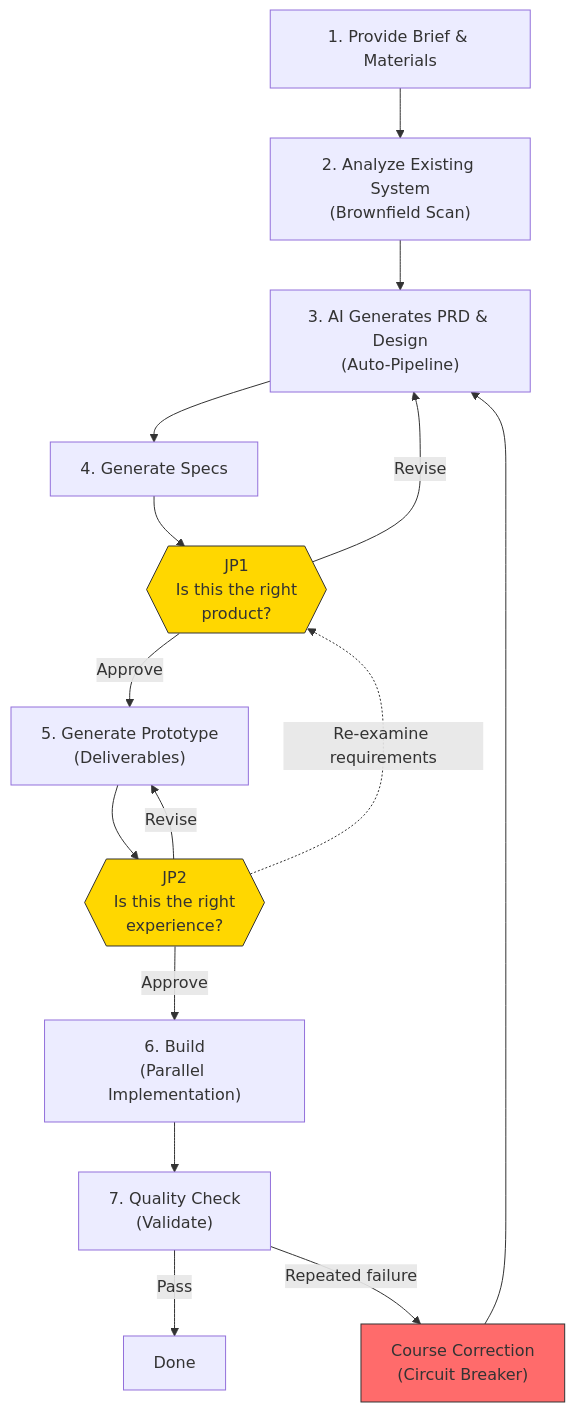
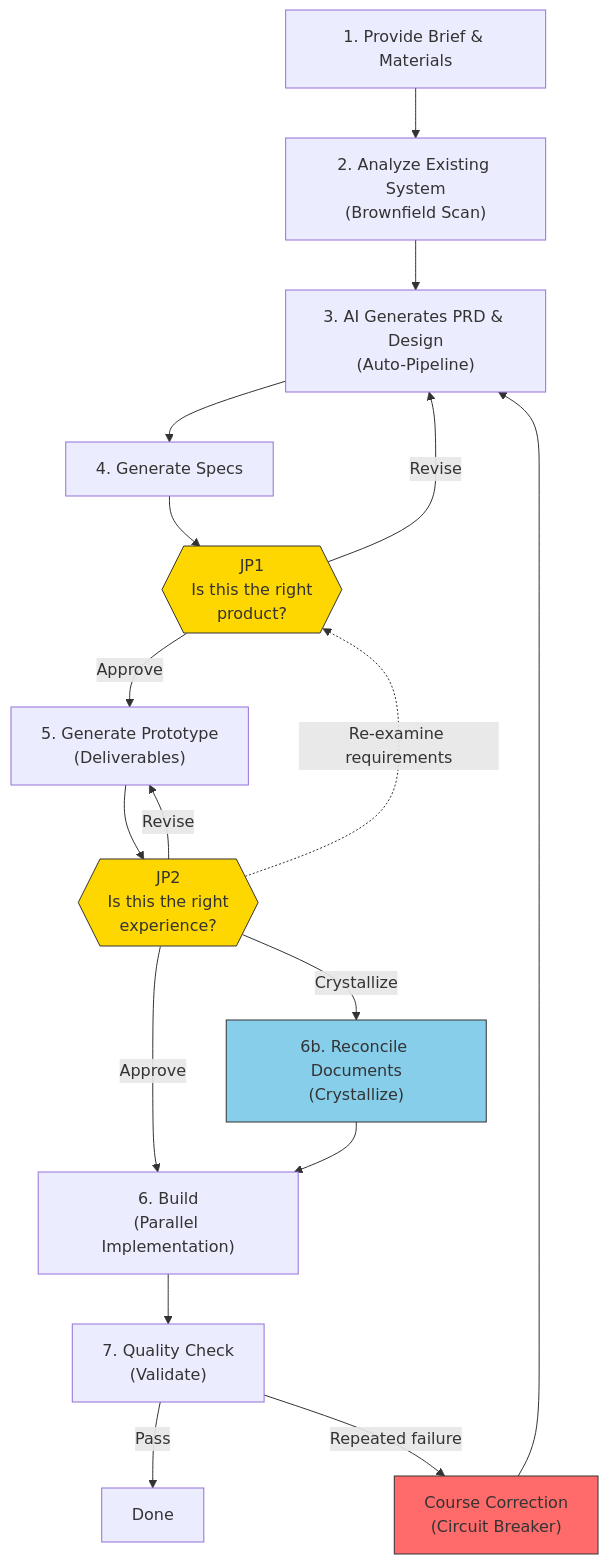
Before and after one commit to kangminlee-maker/jdd-sprint-kit: the diagram in README.md, drawn with Mermaid. The commit also changed other lines of this file and 3 other files, not shown here.

````diff
--- a/README.md
+++ b/README.md
@@ -14,21 +14,24 @@
 ```mermaid
 flowchart TD
     A["1. Provide Brief & Materials"] --> B["2. Analyze Existing System\n(Brownfield Scan)"]
     B --> C["3. AI Generates PRD & Design\n(Auto-Pipeline)"]
     C --> D["4. Generate Specs"]
     D --> JP1{{"JP1\nIs this the right\nproduct?"}}
     JP1 -->|Approve| E["5. Generate Prototype\n(Deliverables)"]
     JP1 -->|Revise| C
     E --> JP2{{"JP2\nIs this the right\nexperience?"}}
     JP2 -->|Approve| F["6. Build\n(Parallel Implementation)"]
+    JP2 -->|Crystallize| CR["6b. Reconcile Documents\n(Crystallize)"]
     JP2 -->|Revise| E
     JP2 -.->|Re-examine requirements| JP1
+    CR --> F
     F --> G["7. Quality Check\n(Validate)"]
     G -->|Pass| H["Done"]
     G -->|Repeated failure| CB["Course Correction\n(Circuit Breaker)"]
     CB --> C
 
     style JP1 fill:#FFD700,stroke:#333
     style JP2 fill:#FFD700,stroke:#333
+    style CR fill:#87CEEB,stroke:#333
     style CB fill:#FF6B6B,stroke:#333
 ```
````
